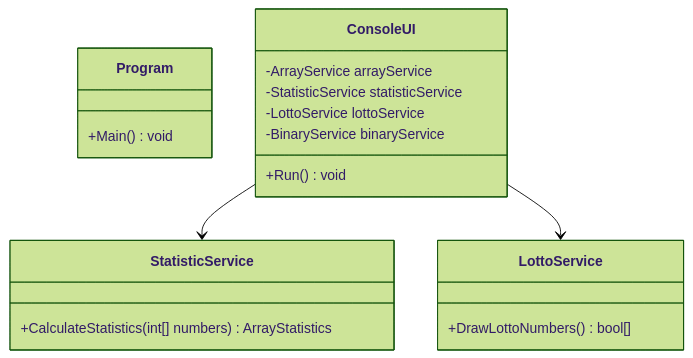
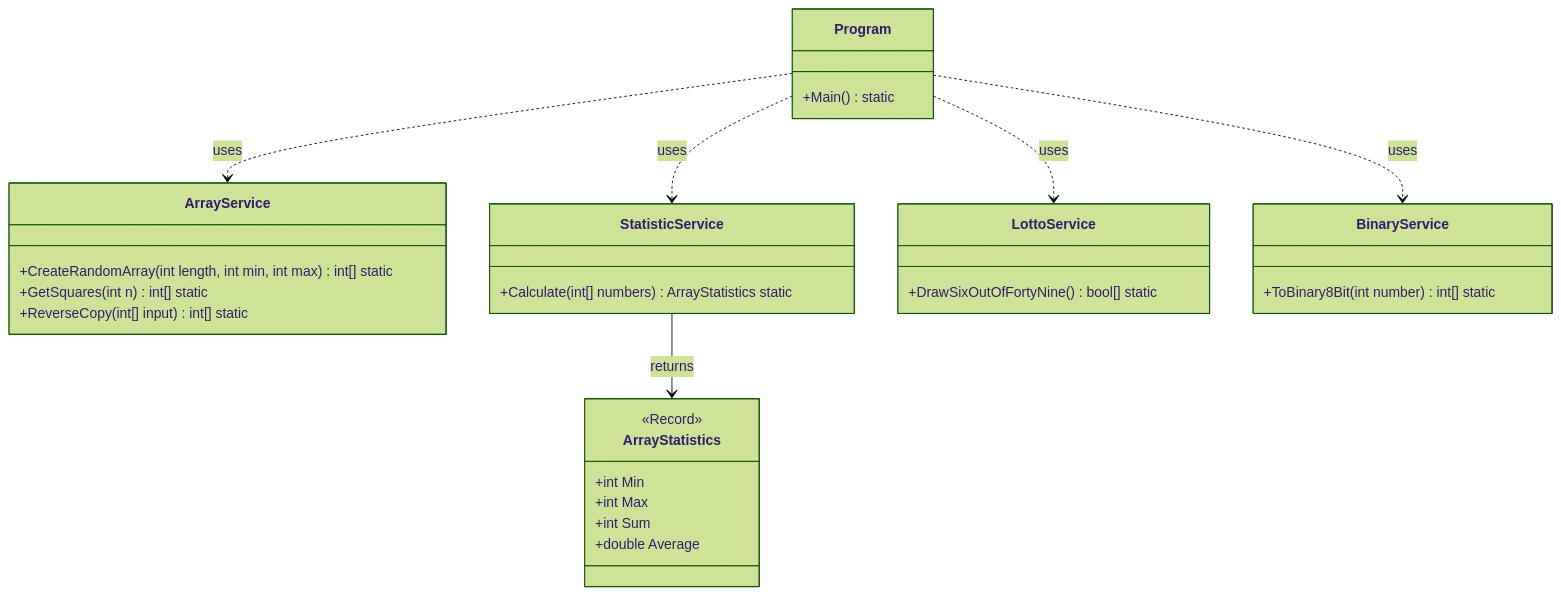
The diagram in 06_Arrays/README.md (T-Boyke/C-Sharp-OOP-Fundamentals), drawn with Mermaid (forest theme) before and after one commit. The commit also changed other lines of this file and 2 other files, not shown here.

Commit message:
feat: add 06_Arrays module documentation and unit tests, marking it complete in the main README.

````diff
--- a/06_Arrays/README.md
+++ b/06_Arrays/README.md
@@ -90,25 +47,38 @@
 ```mermaid
 classDiagram
     class Program {
-        +Main() void
+        +Main() static
     }
     
-    class ConsoleUI {
-        -ArrayService arrayService
-        -StatisticService statisticService
-        -LottoService lottoService
-        -BinaryService binaryService
-        +Run() void
+    class ArrayService {
+        +CreateRandomArray(int length, int min, int max) int[] static
+        +GetSquares(int n) int[] static
+        +ReverseCopy(int[] input) int[] static
     }
 
     class StatisticService {
-        +CalculateStatistics(int[] numbers) ArrayStatistics
+        +Calculate(int[] numbers) ArrayStatistics static
     }
 
+    class ArrayStatistics {
+        +int Min
+        +int Max
+        +int Sum
+        +double Average
+    }
+    <<Record>> ArrayStatistics
+
     class LottoService {
-        +DrawLottoNumbers() bool[]
+        +DrawSixOutOfFortyNine() bool[] static
     }
 
-    ConsoleUI --> StatisticService
-    ConsoleUI --> LottoService
+    class BinaryService {
+        +ToBinary8Bit(int number) int[] static
+    }
+
+    Program ..> ArrayService : uses
+    Program ..> StatisticService : uses
+    Program ..> LottoService : uses
+    Program ..> BinaryService : uses
+    StatisticService --> ArrayStatistics : returns
 ```
````
